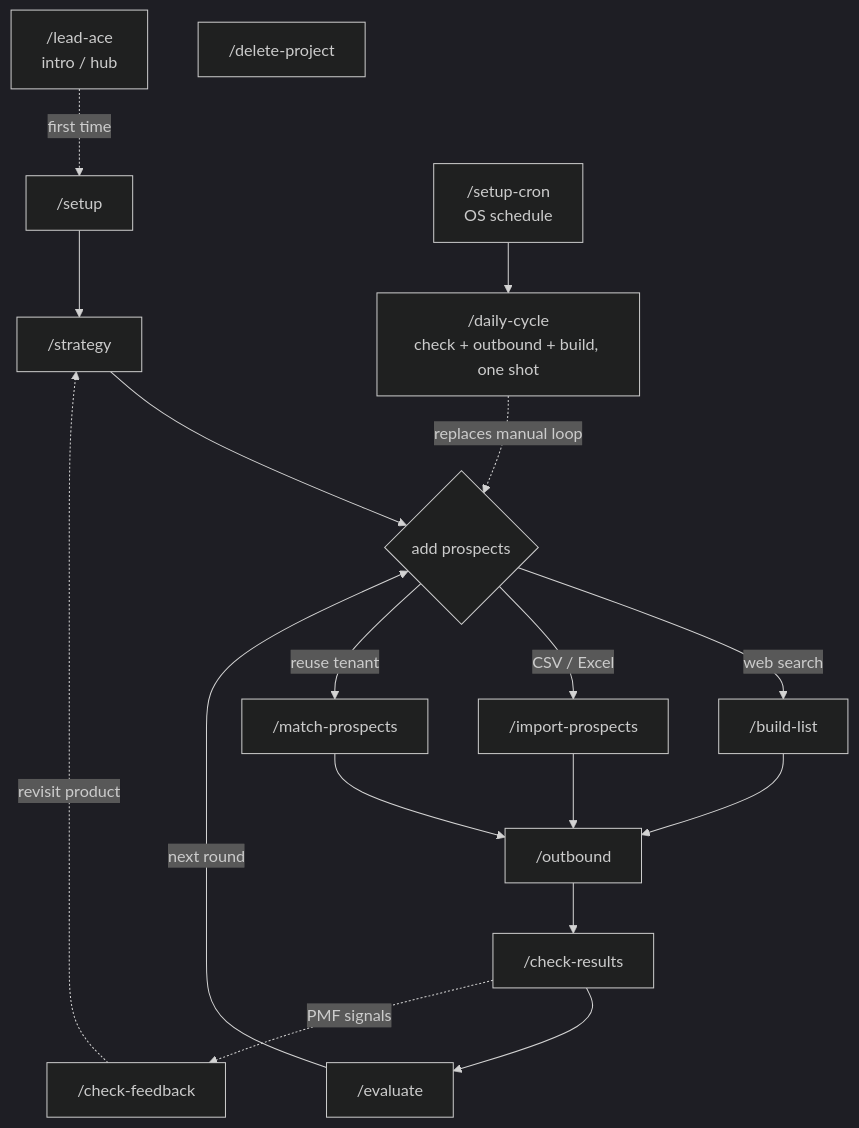
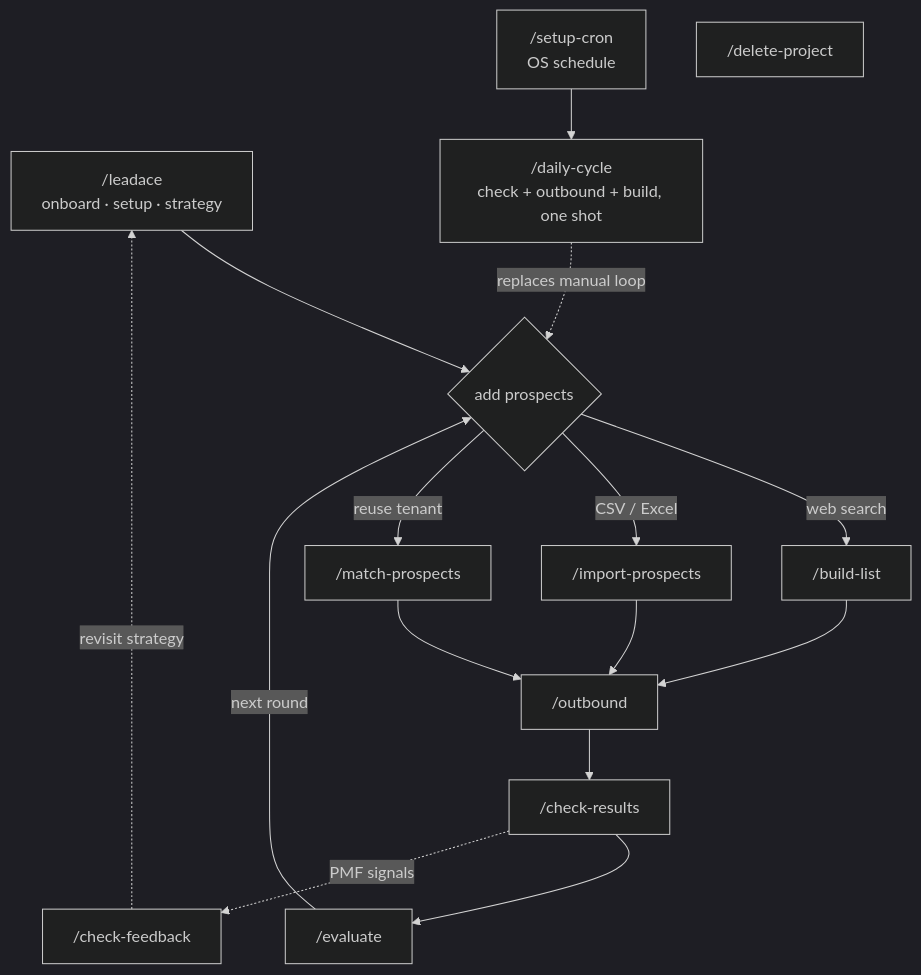
Before and after one commit to aitit-inc/leadace: the diagram in README.md, drawn with Mermaid (dark theme). The commit also changed other lines of this file and 42 other files, not shown here.

Commit message:
sync: mirror from lead-ace@455952f526d5

````diff
--- a/README.md
+++ b/README.md
@@ -72,27 +70,25 @@
 ```mermaid
 flowchart TD
-  LA["/lead-ace<br/>intro / hub"] -. first time .-> SU
-  SU["/setup"] --> ST["/strategy"]
-  ST --> P{add prospects}
+  LA["/leadace<br/>onboard · setup · strategy"] --> P{add prospects}
 
   P -- web search --> BL["/build-list"]
   P -- CSV / Excel --> IP["/import-prospects"]
   P -- reuse tenant --> MP["/match-prospects"]
 
   BL --> OB["/outbound"]
   IP --> OB
   MP --> OB
 
   OB --> CR["/check-results"]
   CR --> EV["/evaluate"]
   EV -- next round --> P
 
   CR -. PMF signals .-> CF["/check-feedback"]
-  CF -. revisit product .-> ST
+  CF -. revisit strategy .-> LA
 
   DC["/daily-cycle<br/>check + outbound + build, one shot"]
   SC["/setup-cron<br/>OS schedule"] --> DC
   DC -. replaces manual loop .-> P
 
   DEL["/delete-project"]
 ```
````
